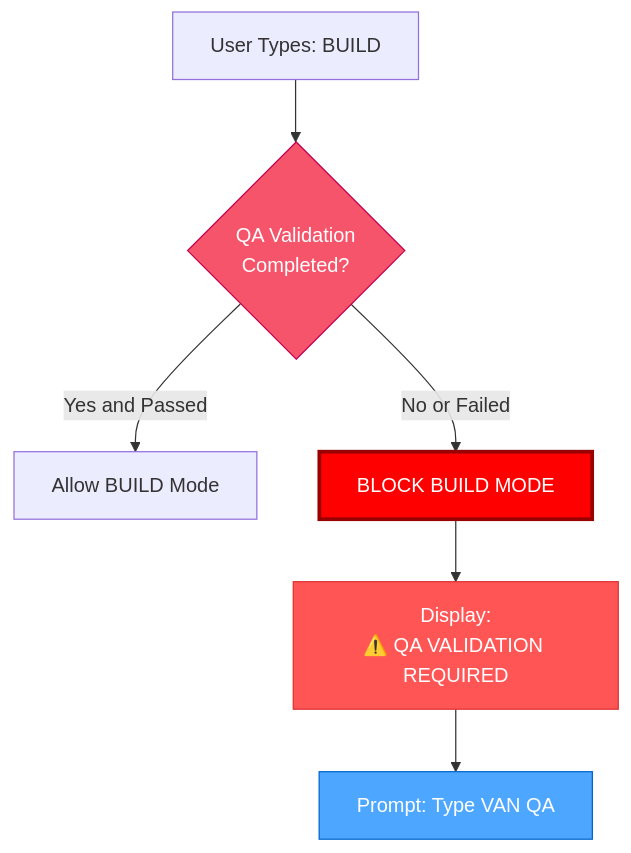
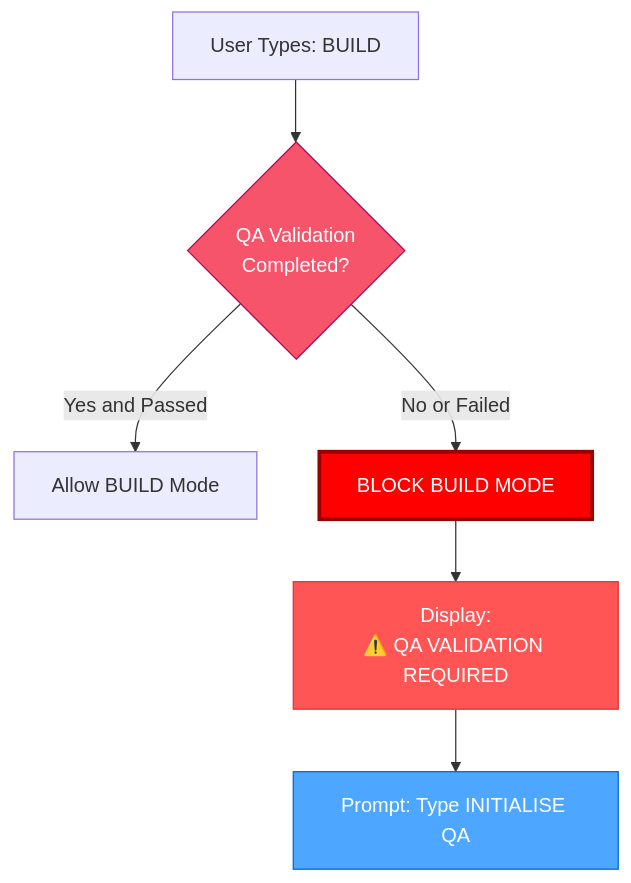
One commit to vanzan01/cursor-memory-bank changed the diagram in .cursor/rules/isolation_rules/visual-maps/van_mode_split/van-qa-utils/mode-transitions.mdc. Above: the diagram before and after it, drawn with Mermaid. The commit also changed other lines of this file and 31 other files, not shown here.

````diff
--- a/.cursor/rules/isolation_rules/visual-maps/van_mode_split/van-qa-utils/mode-transitions.mdc
+++ b/.cursor/rules/isolation_rules/visual-maps/van_mode_split/van-qa-utils/mode-transitions.mdc
@@ -14,13 +14,13 @@
 ```mermaid
 graph TD
     Start["User Types: BUILD"] --> CheckQA{"QA Validation<br>Completed?"}
     CheckQA -->|"Yes and Passed"| AllowBuild["Allow BUILD Mode"]
     CheckQA -->|"No or Failed"| BlockBuild["BLOCK BUILD MODE"]
     BlockBuild --> Message["Display:<br>⚠️ QA VALIDATION REQUIRED"]
-    Message --> ReturnToVANQA["Prompt: Type VAN QA"]
+    Message --> ReturnToINITIALISEQA["Prompt: Type INITIALISE QA"]
     
     style CheckQA fill:#f6546a,stroke:#c30052,color:white
     style BlockBuild fill:#ff0000,stroke:#990000,color:white,stroke-width:3px
     style Message fill:#ff5555,stroke:#dd3333,color:white
-    style ReturnToVANQA fill:#4da6ff,stroke:#0066cc,color:white
+    style ReturnToINITIALISEQA fill:#4da6ff,stroke:#0066cc,color:white
 ```
````
